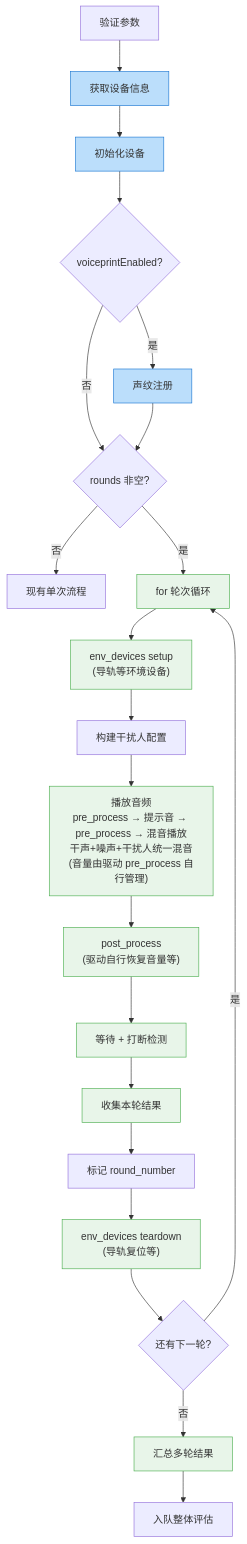
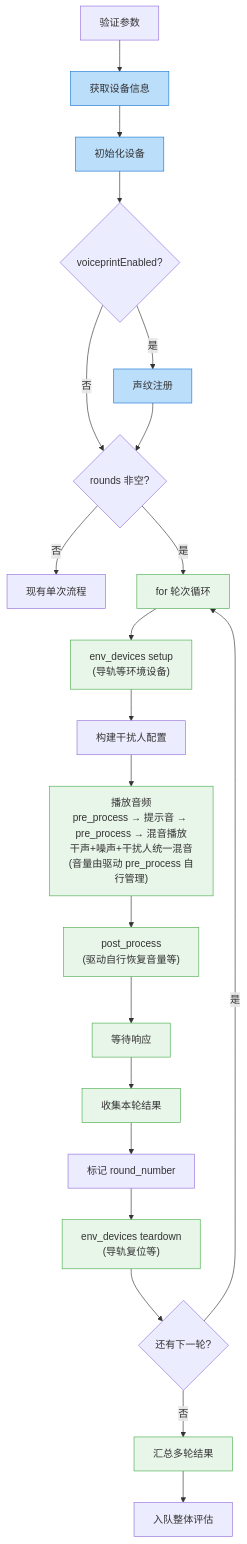
The fifth of 9 diagrams in Intelligent-Audio-TEST/doc/voice_llm/00_改造方案总览.md (ydz-auto/intelligent_audio_test), drawn with Mermaid before and after one commit. The commit also changed other lines of this file and 59 other files, not shown here.

First line of the commit message:
fix(tag-view): 修复E2ETest/APITest页面标签视图不显示数据

````diff
--- a/Intelligent-Audio-TEST/doc/voice_llm/00_改造方案总览.md
+++ b/Intelligent-Audio-TEST/doc/voice_llm/00_改造方案总览.md
@@ -159,38 +158,38 @@
 ```mermaid
 flowchart TD
     A[验证参数] --> B[获取设备信息]
     B --> C[初始化设备]
     C --> D{voiceprintEnabled?}
     D -->|是| D1[声纹注册]
     D -->|否| E
     D1 --> E
 
     E{rounds 非空?}
     E -->|否| F1[现有单次流程]
     E -->|是| K["for 轮次循环"]
 
     K --> K1["env_devices setup<br/>(导轨等环境设备)"]
     K1 --> K2["构建干扰人配置"]
     K2 --> K3["播放音频<br/>pre_process → 提示音 → pre_process → 混音播放<br/>干声+噪声+干扰人统一混音<br/>(音量由驱动 pre_process 自行管理)"]
     K3 --> K4["post_process<br/>(驱动自行恢复音量等)"]
-    K4 --> K5["等待 + 打断检测"]
+    K4 --> K5["等待响应"]
     K5 --> K6["收集本轮结果"]
     K6 --> K7["标记 round_number"]
     K7 --> K8["env_devices teardown<br/>(导轨复位等)"]
     K8 --> K9{还有下一轮?}
     K9 -->|是| K
     K9 -->|否| W[汇总多轮结果]
     W --> X[入队整体评估]
 
     style B fill:#bbdefb,stroke:#1976d2
     style C fill:#bbdefb,stroke:#1976d2
     style D1 fill:#bbdefb,stroke:#1976d2
     style K fill:#e8f5e9,stroke:#4caf50
     style K1 fill:#e8f5e9,stroke:#4caf50
     style K3 fill:#e8f5e9,stroke:#4caf50
     style K4 fill:#e8f5e9,stroke:#4caf50
     style K5 fill:#e8f5e9,stroke:#4caf50
     style K6 fill:#e8f5e9,stroke:#4caf50
     style K8 fill:#e8f5e9,stroke:#4caf50
     style W fill:#e8f5e9,stroke:#4caf50
 ```
````
